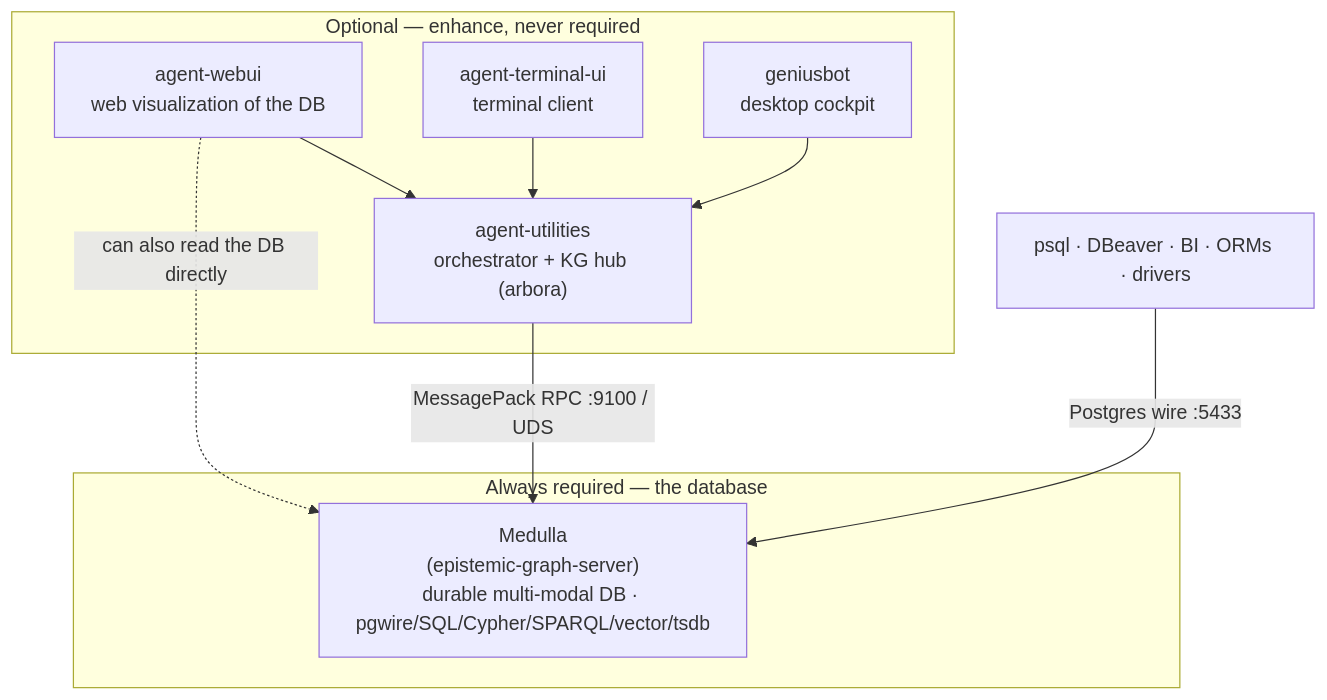
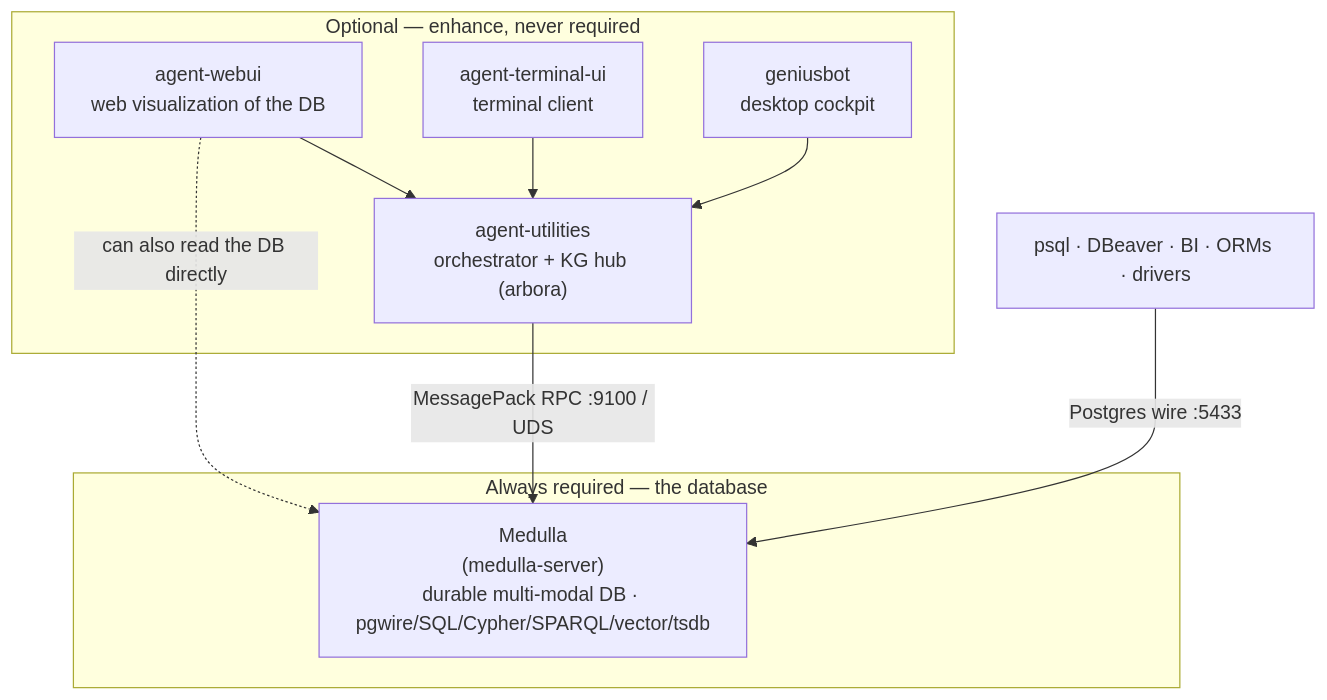
Before and after one commit to Knuckles-Team/epistemic-graph: the diagram in docs/deployment_topology.md, drawn with Mermaid. The commit also changed other lines of this file and 5990 other files, not shown here.

First line of the commit message:
refactor!: rename epistemic-graph to medulla end to end (hard cutover)

````diff
--- a/docs/deployment_topology.md
+++ b/docs/deployment_topology.md
@@ -9,20 +9,20 @@
 ```mermaid
 flowchart TD
     subgraph Core["Always required — the database"]
-        EG["Medulla<br/>(epistemic-graph-server)<br/>durable multi-modal DB · pgwire/SQL/Cypher/SPARQL/vector/tsdb"]
+        EG["Medulla<br/>(medulla-server)<br/>durable multi-modal DB · pgwire/SQL/Cypher/SPARQL/vector/tsdb"]
     end
 
     subgraph Optional["Optional — enhance, never required"]
         AU["agent-utilities<br/>orchestrator + KG hub (arbora)"]
         WEBUI["agent-webui<br/>web visualization of the DB"]
         TUI["agent-terminal-ui<br/>terminal client"]
         GBOT["geniusbot<br/>desktop cockpit"]
     end
 
     SQL["psql · DBeaver · BI · ORMs · drivers"] -->|Postgres wire :5433| EG
     AU -->|MessagePack RPC :9100 / UDS| EG
     WEBUI --> AU
     TUI --> AU
     GBOT --> AU
     WEBUI -. can also read the DB directly .-> EG
 ```
````
